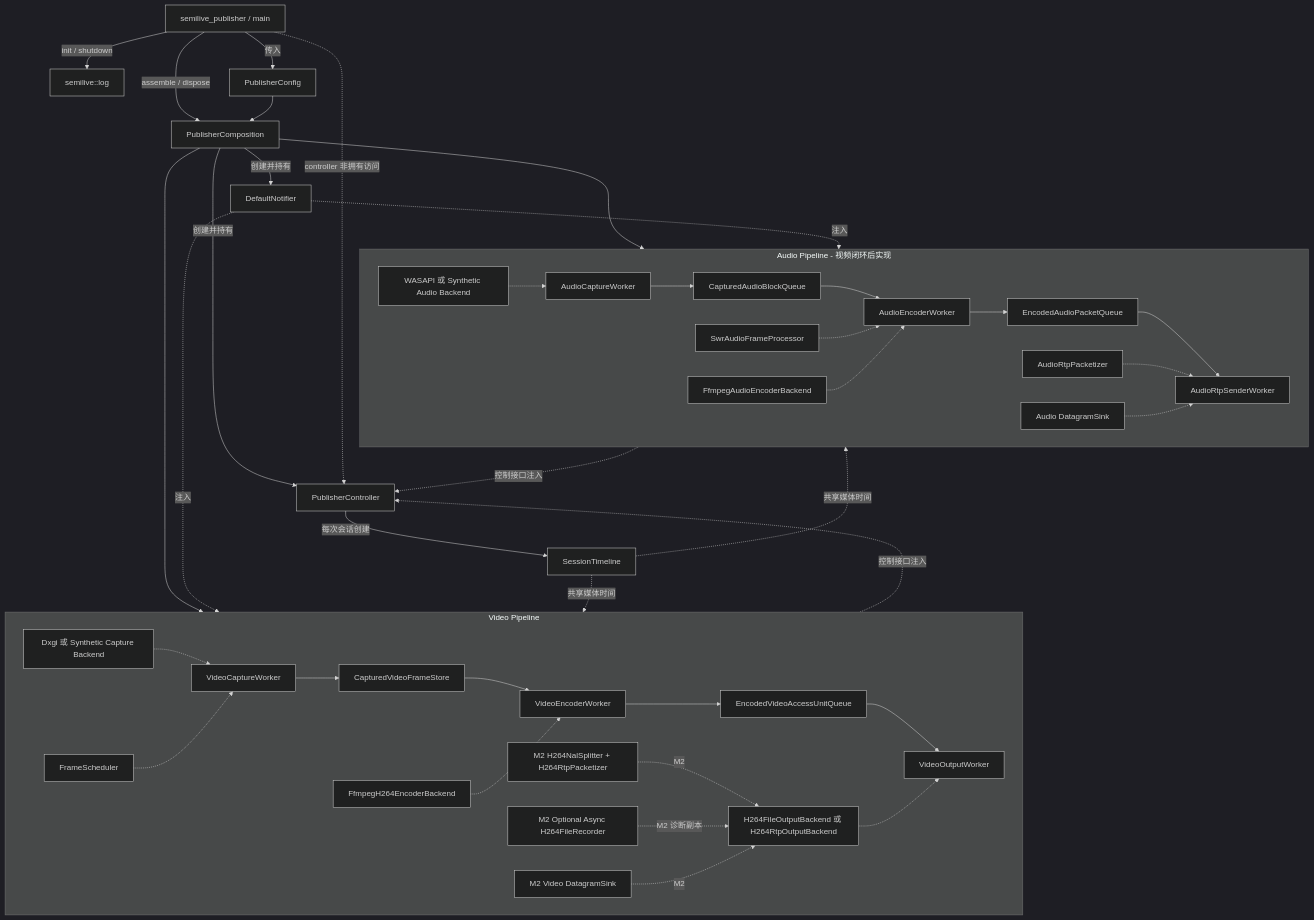
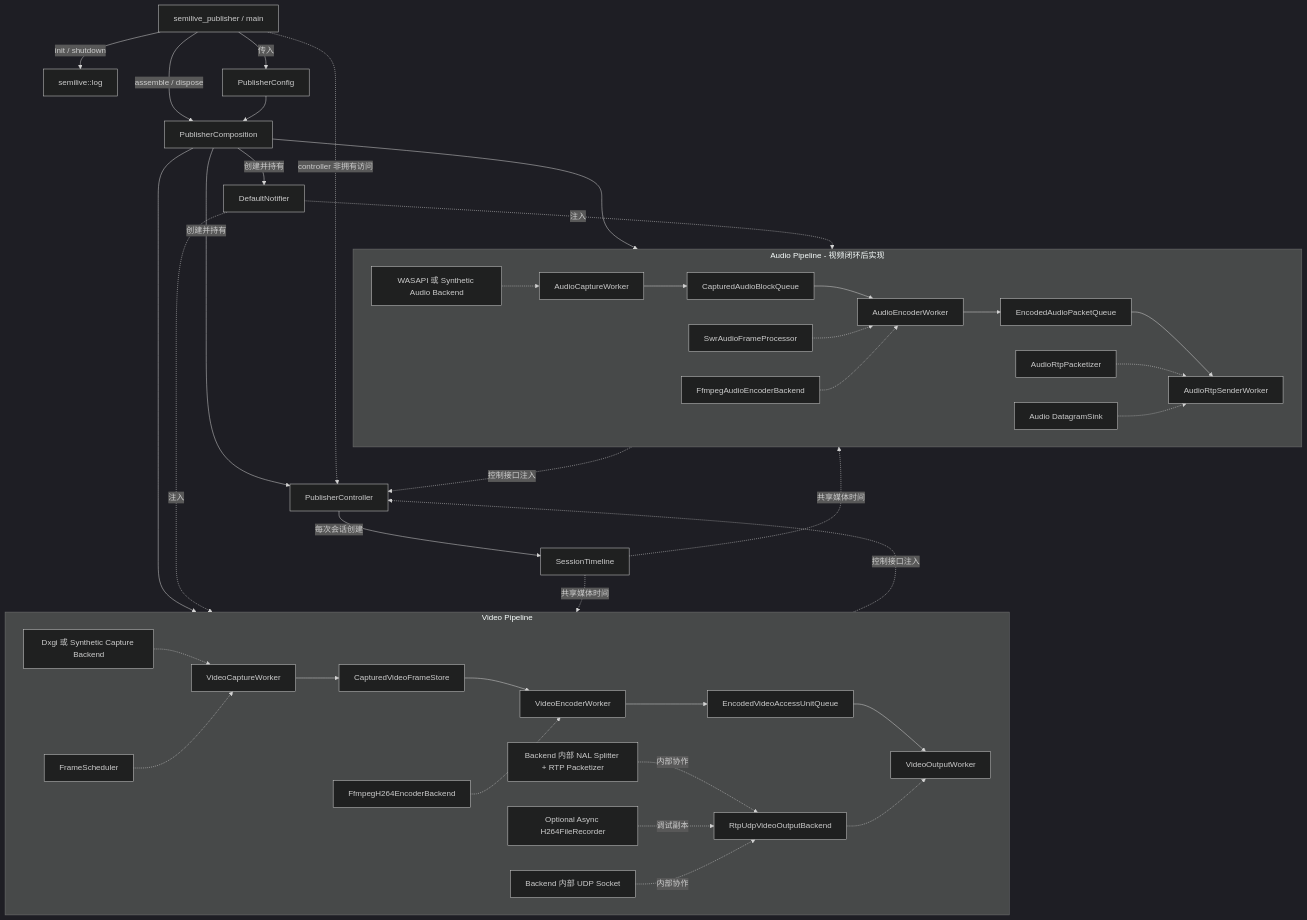
Before and after one commit to Semiruyi/SemiLive: the first of 2 diagrams in docs/design/publisher/overview.md, drawn with Mermaid (dark theme). The commit also changed other lines of this file and 5 other files, not shown here.

First line of the commit message:
docs(publisher): define RTP/UDP primary output architecture

````diff
--- a/docs/design/publisher/overview.md
+++ b/docs/design/publisher/overview.md
@@ -131,72 +129,72 @@
 ```mermaid
 flowchart TB
     App[semilive_publisher / main] -->|assemble / dispose| Composition[PublisherComposition]
     App -->|init / shutdown| Log[semilive::log]
     App -->|传入| Config[PublisherConfig]
     Config --> Composition
 
     Composition -->|创建并持有| Notifier[DefaultNotifier]
 
     subgraph Video[Video Pipeline]
         VideoFrameStore[CapturedVideoFrameStore]
         VideoAuQueue[EncodedVideoAccessUnitQueue]
         VideoCaptureBackend[Dxgi 或 Synthetic Capture Backend]
         VideoScheduler[FrameScheduler]
         VideoEncoderBackend[FfmpegH264EncoderBackend]
-        VideoOutputBackend[H264FileOutputBackend 或 H264RtpOutputBackend]
-        VideoPacketizer[M2 H264NalSplitter + H264RtpPacketizer]
-        VideoFileRecorder[M2 Optional Async H264FileRecorder]
-        VideoDatagram[M2 Video DatagramSink]
+        VideoOutputBackend[RtpUdpVideoOutputBackend]
+        VideoPacketizer[Backend 内部 NAL Splitter + RTP Packetizer]
+        VideoFileRecorder[Optional Async H264FileRecorder]
+        VideoDatagram[Backend 内部 UDP Socket]
         VideoCapture[VideoCaptureWorker]
         VideoEncoder[VideoEncoderWorker]
         VideoOutput[VideoOutputWorker]
 
         VideoCaptureBackend -.-> VideoCapture
         VideoScheduler -.-> VideoCapture
         VideoCapture --> VideoFrameStore
         VideoFrameStore --> VideoEncoder
         VideoEncoderBackend -.-> VideoEncoder
         VideoEncoder --> VideoAuQueue
         VideoAuQueue --> VideoOutput
         VideoOutputBackend -.-> VideoOutput
-        VideoPacketizer -. M2 .-> VideoOutputBackend
-        VideoFileRecorder -. M2 诊断副本 .-> VideoOutputBackend
-        VideoDatagram -. M2 .-> VideoOutputBackend
+        VideoPacketizer -. 内部协作 .-> VideoOutputBackend
+        VideoFileRecorder -. 调试副本 .-> VideoOutputBackend
+        VideoDatagram -. 内部协作 .-> VideoOutputBackend
     end
 
     subgraph Audio[Audio Pipeline - 视频闭环后实现]
         AudioBlockQueue[CapturedAudioBlockQueue]
         AudioPacketQueue[EncodedAudioPacketQueue]
         AudioCaptureBackend[WASAPI 或 Synthetic Audio Backend]
         AudioProcessor[SwrAudioFrameProcessor]
         AudioEncoderBackend[FfmpegAudioEncoderBackend]
         AudioPacketizer[AudioRtpPacketizer]
         AudioDatagram[Audio DatagramSink]
         AudioCapture[AudioCaptureWorker]
         AudioEncoder[AudioEncoderWorker]
         AudioSender[AudioRtpSenderWorker]
 
         AudioCaptureBackend -.-> AudioCapture
         AudioCapture --> AudioBlockQueue
         AudioBlockQueue --> AudioEncoder
         AudioProcessor -.-> AudioEncoder
         AudioEncoderBackend -.-> AudioEncoder
         AudioEncoder --> AudioPacketQueue
         AudioPacketQueue --> AudioSender
         AudioPacketizer -.-> AudioSender
         AudioDatagram -.-> AudioSender
     end
 
     Composition --> Video
     Composition --> Audio
     Notifier -. 注入 .-> Video
     Notifier -. 注入 .-> Audio
 
     Composition -->|创建并持有| Controller[PublisherController]
     Controller -->|每次会话创建| Clock[SessionTimeline]
     Clock -. 共享媒体时间 .-> Video
     Clock -. 共享媒体时间 .-> Audio
     Video -. 控制接口注入 .-> Controller
     Audio -. 控制接口注入 .-> Controller
     App -. controller 非拥有访问 .-> Controller
 ```
````
